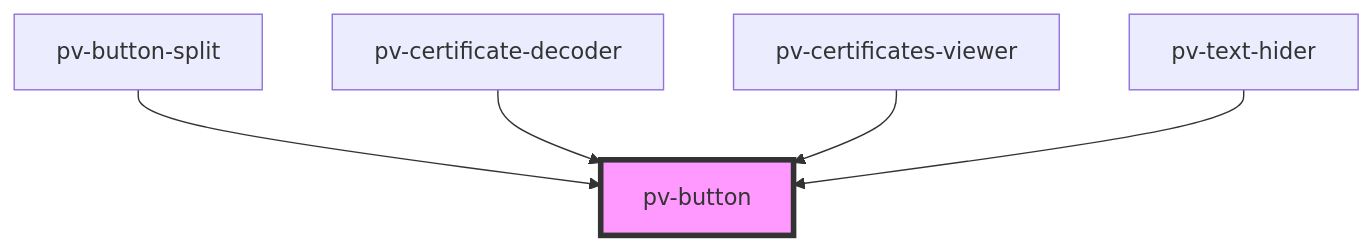
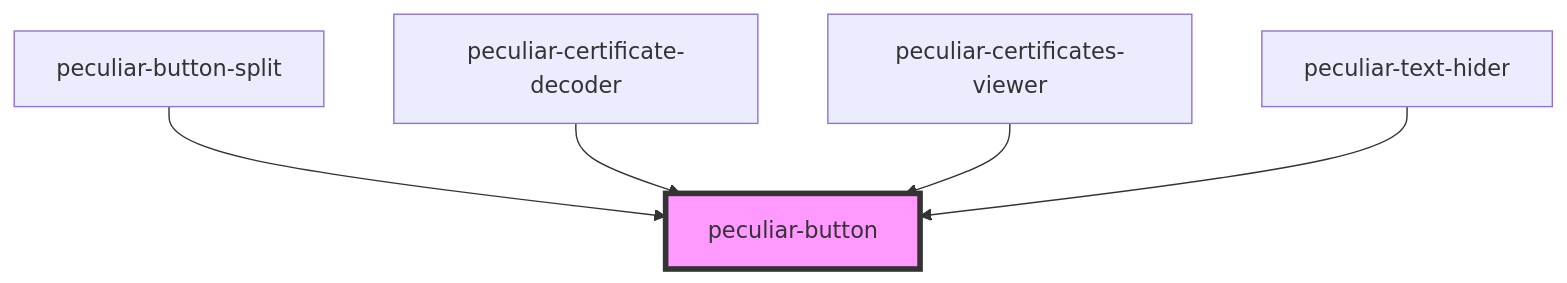
The diagram in src/components/button/readme.md (PeculiarVentures/pv-certificates-viewer), drawn with Mermaid before and after one commit. The commit also changed other lines of this file and 55 other files, not shown here.

````diff
--- a/src/components/button/readme.md
+++ b/src/components/button/readme.md
@@ -36,8 +36,8 @@
 ```mermaid
 graph TD;
-  pv-button-split --> pv-button
-  pv-certificate-decoder --> pv-button
-  pv-certificates-viewer --> pv-button
-  pv-text-hider --> pv-button
-  style pv-button fill:#f9f,stroke:#333,stroke-width:4px
+  peculiar-button-split --> peculiar-button
+  peculiar-certificate-decoder --> peculiar-button
+  peculiar-certificates-viewer --> peculiar-button
+  peculiar-text-hider --> peculiar-button
+  style peculiar-button fill:#f9f,stroke:#333,stroke-width:4px
 ```
````
